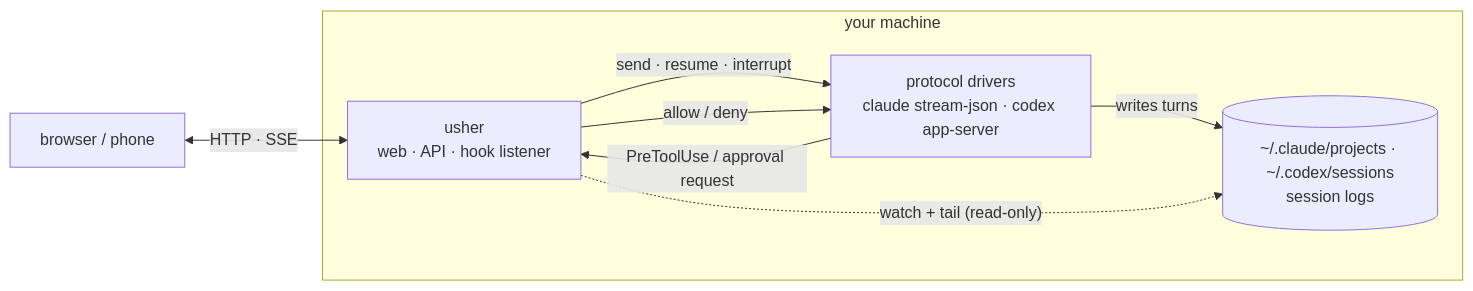
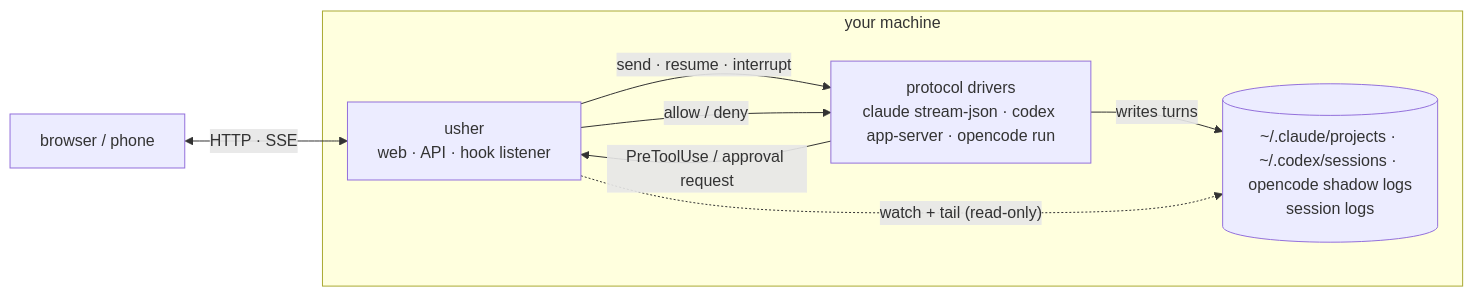
The diagram in README.md (srstack/sr-code), drawn with Mermaid before and after one commit. The commit also changed other lines of this file and 12 other files, not shown here.

````diff
--- a/README.md
+++ b/README.md
@@ -140,15 +143,15 @@
 ```mermaid
 flowchart LR
   phone["browser / phone"]
   subgraph host["your machine"]
     usher["usher<br/>web · API · hook listener"]
-    drivers["protocol drivers<br/>claude stream-json · codex app-server"]
-    files[("~/.claude/projects · ~/.codex/sessions<br/>session logs")]
+    drivers["protocol drivers<br/>claude stream-json · codex app-server · opencode run"]
+    files[("~/.claude/projects · ~/.codex/sessions · opencode shadow logs<br/>session logs")]
   end
   phone <-->|"HTTP · SSE"| usher
   usher -->|"send · resume · interrupt"| drivers
   drivers -->|"writes turns"| files
   usher -.->|"watch + tail (read-only)"| files
   drivers -->|"PreToolUse / approval request"| usher
   usher -->|"allow / deny"| drivers
 ```
````
